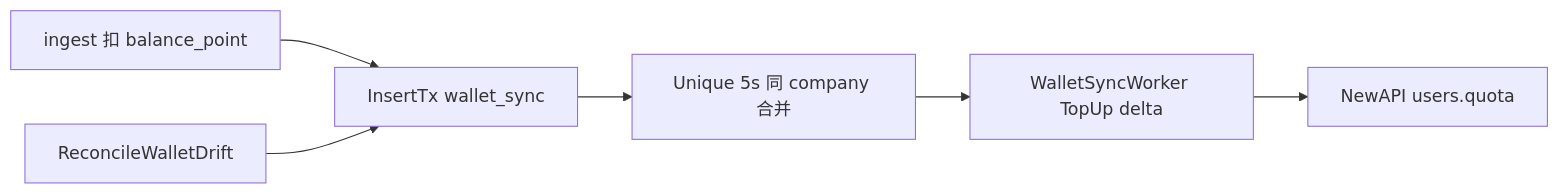
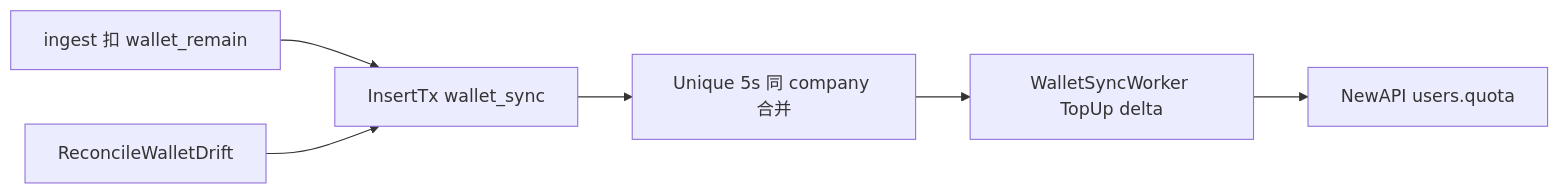
One commit to quyip8818/mytokenjoy changed the sixth of 7 diagrams in docs/Backend-计费模式.md. Above: the diagram before and after it, drawn with Mermaid. The commit also changed other lines of this file and 12 other files, not shown here.

````diff
--- a/docs/Backend-计费模式.md
+++ b/docs/Backend-计费模式.md
@@ -268,8 +270,8 @@
 ```mermaid
 flowchart LR
-    ING[ingest 扣 balance_point] --> TX[InsertTx wallet_sync]
+    ING[ingest 扣 wallet_remain] --> TX[InsertTx wallet_sync]
     TX --> U[Unique 5s 同 company 合并]
     U --> W[WalletSyncWorker TopUp delta]
     W --> NA[NewAPI users.quota]
     RC[ReconcileWalletDrift] --> TX
 ```
````
